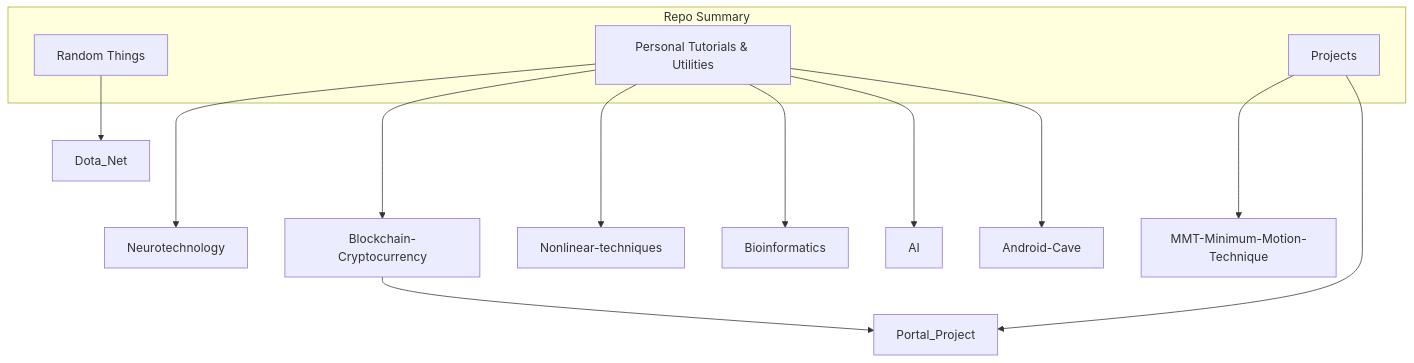
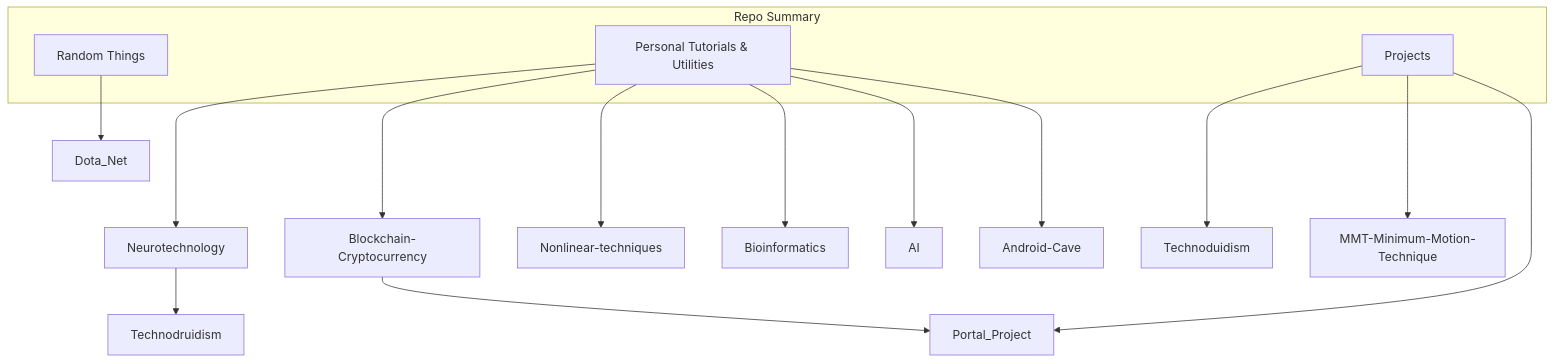
Before and after one commit to will-bc/will-bc: the diagram in README.md, drawn with Mermaid.

````diff
--- a/README.md
+++ b/README.md
@@ -33,22 +33,24 @@
 ```mermaid
 
  graph TB
     
  subgraph  Repo Summary
 
     A[Personal Tutorials & Utilities] & B[Projects] & C[Random Things]
    
     end
 
  A---> Neurotechnology
  A---> Blockchain-Cryptocurrency
  A---> Nonlinear-techniques
  A---> Bioinformatics
  A---> AI
  A---> Android-Cave 
  Blockchain-Cryptocurrency --> Portal_Project
+ Neurotechnology --> Technodruidism
  B--->Portal_Project
+ B---> Technoduidism
  B---> MMT-Minimum-Motion-Technique
  C--> Dota_Net
     
  ```
````
